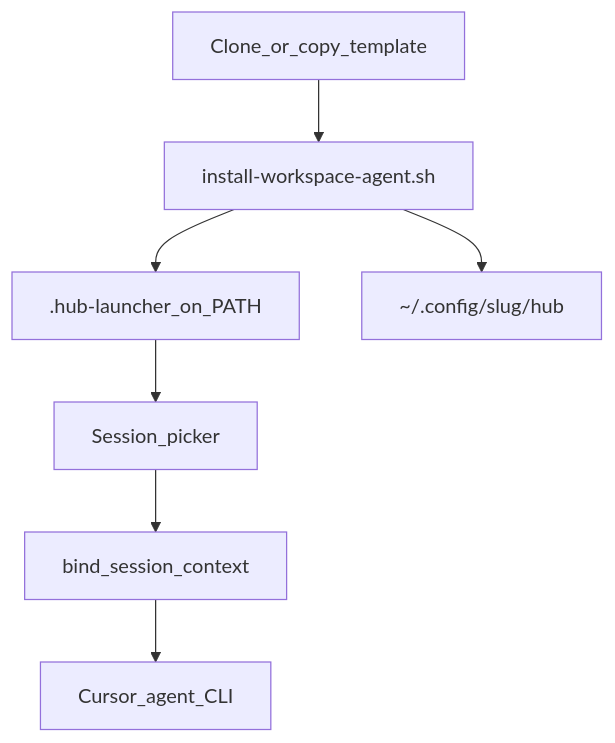
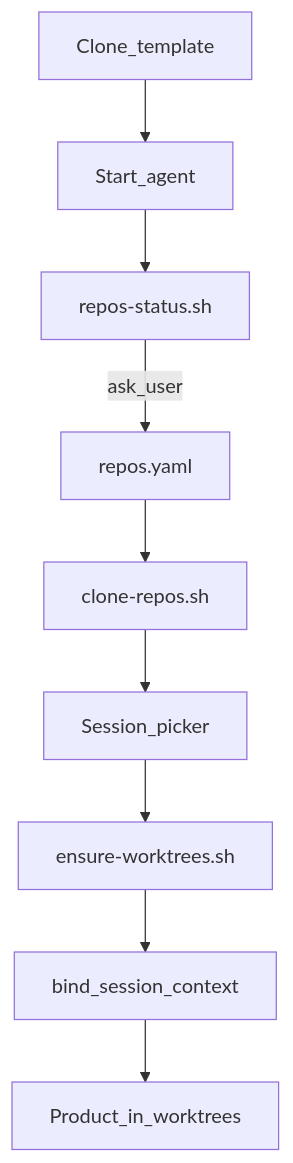
One commit to lgarciaaco/agentic-multisession-template changed the diagram in README.md. Above: the diagram before and after it, drawn with Mermaid. The commit also changed other lines of this file and 9 other files, not shown here.

First line of the commit message:
chore: align docs and launcher with agent-first bootstrap (v0.3.0)

````diff
--- a/README.md
+++ b/README.md
@@ -42,9 +43,11 @@
 ```mermaid
 flowchart TD
-  clone[Clone_or_copy_template] --> install[install-workspace-agent.sh]
-  install --> launcher[.hub-launcher_on_PATH]
-  install --> config["~/.config/slug/hub"]
-  launcher --> picker[Session_picker]
-  picker --> bind[bind_session_context]
-  bind --> agent[Cursor_agent_CLI]
+  clone[Clone_template] --> agent[Start_agent]
+  agent --> status[repos-status.sh]
+  status -->|ask_user| repos_yaml[repos.yaml]
+  repos_yaml --> clone_repos[clone-repos.sh]
+  clone_repos --> picker[Session_picker]
+  picker --> worktrees[ensure-worktrees.sh]
+  worktrees --> bind[bind_session_context]
+  bind --> work[Product_in_worktrees]
 ```
````
